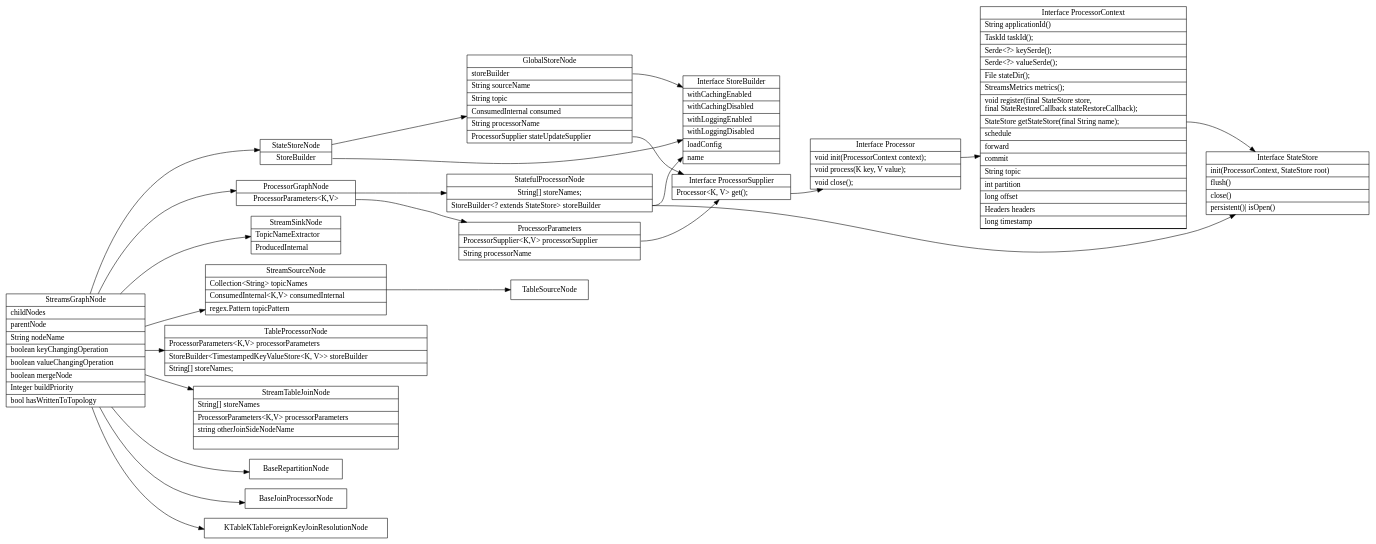
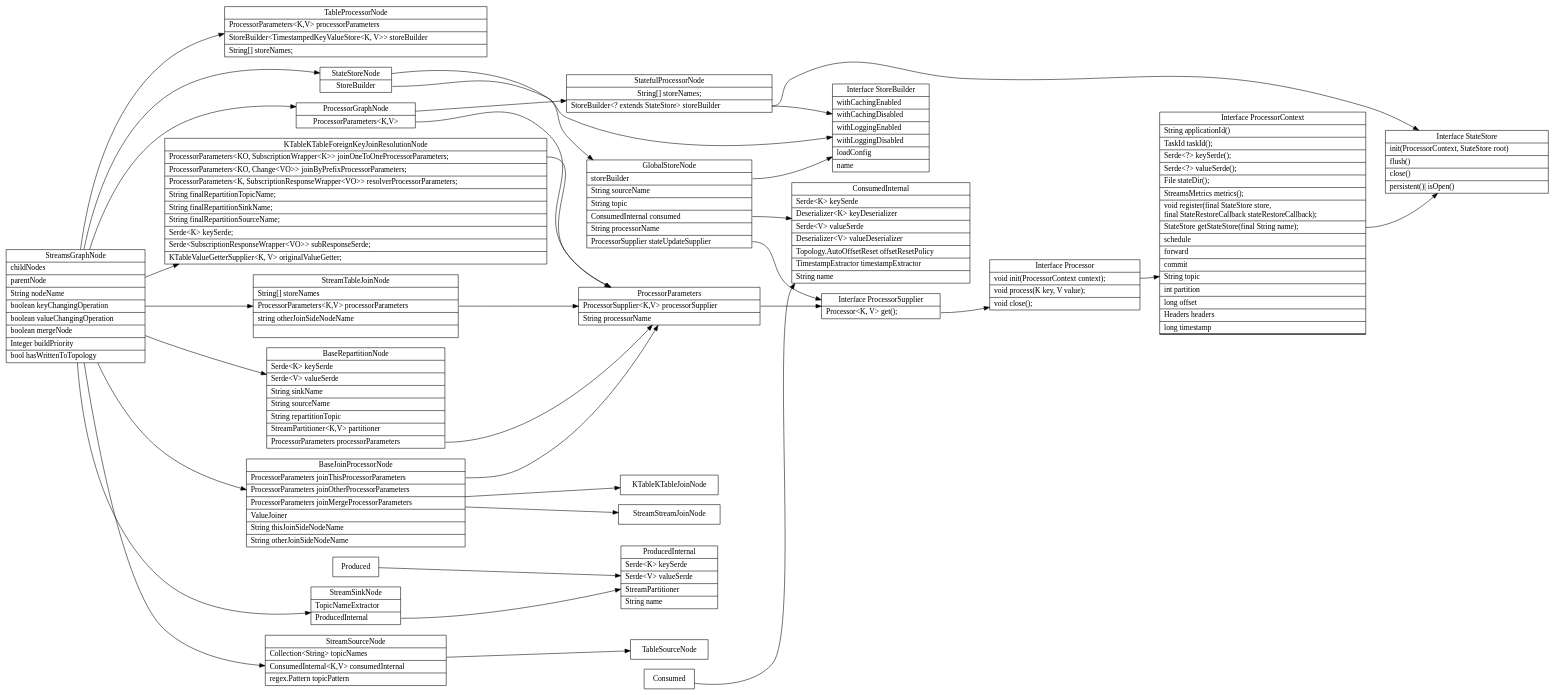
One commit to xieyu/blog changed the diagram in src/kafka/stream-graph-node.dot. Above: the diagram before and after it, drawn with Graphviz. The commit also changed 8 other files, not shown here.

```diff
--- a/src/kafka/stream-graph-node.dot
+++ b/src/kafka/stream-graph-node.dot
@@ -8,7 +8,7 @@
         <sb> storeBuilder\l|
         String sourceName\l|
         String topic\l|
-        ConsumedInternal consumed\l|
+        <ci> ConsumedInternal consumed\l|
         String processorName \l|
         <ps> ProcessorSupplier stateUpdateSupplier\l
     }}";
@@ -116,7 +116,7 @@
     label="{{
       StreamSinkNode|
         TopicNameExtractor\l|
-        ProducedInternal\l
+        <pi> ProducedInternal\l
     }}";
   ];
   StreamSourceNode[shape="record";
@@ -139,13 +139,90 @@
     label="{{
       StreamTableJoinNode|
         String[] storeNames\l|
-        ProcessorParameters\<K,V\> processorParameters\l|
+        <pp> ProcessorParameters\<K,V\> processorParameters\l|
         string otherJoinSideNodeName\l|
     }}";
   ];
+  BaseRepartitionNode[
+    shape="record";
+    label="{{
+      BaseRepartitionNode|
+      Serde\<K\> keySerde\l|
+      Serde\<V\> valueSerde\l|
+      String sinkName\l|
+      String sourceName\l|
+      String repartitionTopic\l|
+      StreamPartitioner\<K,V\> partitioner\l|
+      <pp> ProcessorParameters processorParameters\l
+    }}";
+  ];
+  BaseJoinProcessorNode[
+    shape="record";
+    label="{{
+      BaseJoinProcessorNode|
+      <pp> ProcessorParameters joinThisProcessorParameters\l|
+      ProcessorParameters joinOtherProcessorParameters\l|
+      ProcessorParameters joinMergeProcessorParameters\l|
+      ValueJoiner \l|
+      String thisJoinSideNodeName\l|
+      String otherJoinSideNodeName\l
+    }}";
+  ];
+  KTableKTableForeignKeyJoinResolutionNode[
+    shape="record";
+    label="{{
+      KTableKTableForeignKeyJoinResolutionNode|
+      <pp> ProcessorParameters\<KO, SubscriptionWrapper\<K\>\> joinOneToOneProcessorParameters;\l|
+      ProcessorParameters\<KO, Change\<VO\>\> joinByPrefixProcessorParameters;\l|
+      ProcessorParameters\<K, SubscriptionResponseWrapper\<VO\>\> resolverProcessorParameters;\l|
+      String finalRepartitionTopicName;\l|
+      String finalRepartitionSinkName;\l|
+      String finalRepartitionSourceName;\l|
+      Serde\<K\> keySerde;\l|
+      Serde\<SubscriptionResponseWrapper\<VO\>\> subResponseSerde;\l|
+      KTableValueGetterSupplier\<K, V\> originalValueGetter;\l
+    }}";
+  ];
+  ProducedInternal[
+    shape="record";
+    label="{{
+      ProducedInternal|
+      Serde\<K\> keySerde\l|
+      Serde\<V\> valueSerde\l|
+      StreamPartitioner\l|
+      String name\l
+    }}";
+  ];
+  ConsumedInternal[
+    shape="record";
+    label="{{
+      ConsumedInternal|
+      Serde\<K\> keySerde\l|
+      Deserializer\<K\> keyDeserializer\l|
+      Serde\<V\> valueSerde\l|
+      Deserializer\<V\> valueDeserializer\l|
+      Topology.AutoOffsetReset offsetResetPolicy\l|
+      TimestampExtractor timestampExtractor \l|
+      String name\l
+    }}";
+  ];
 
+  BaseJoinProcessorNode -> {
+    StreamStreamJoinNode;
+    KTableKTableJoinNode;
+  }
+
+  Produced -> ProducedInternal;
+  Consumed -> ConsumedInternal;
+  StreamSinkNode:pi -> ProducedInternal;
+
+  BaseJoinProcessorNode:pp -> ProcessorParameters;
+  KTableKTableForeignKeyJoinResolutionNode:pp -> ProcessorParameters;
+  BaseRepartitionNode:pp -> ProcessorParameters;
+  StreamTableJoinNode:pp -> ProcessorParameters;
   GlobalStoreNode:sb -> StoreBuilder;
   GlobalStoreNode:ps -> ProcessorSupplier;
+  GlobalStoreNode:ci -> ConsumedInternal;
   StatefulProcessorNode:sb -> {StateStore; StoreBuilder}
   ProcessorContext:store -> StateStore;
   ProcessorGraphNode:pp -> ProcessorParameters;
```
